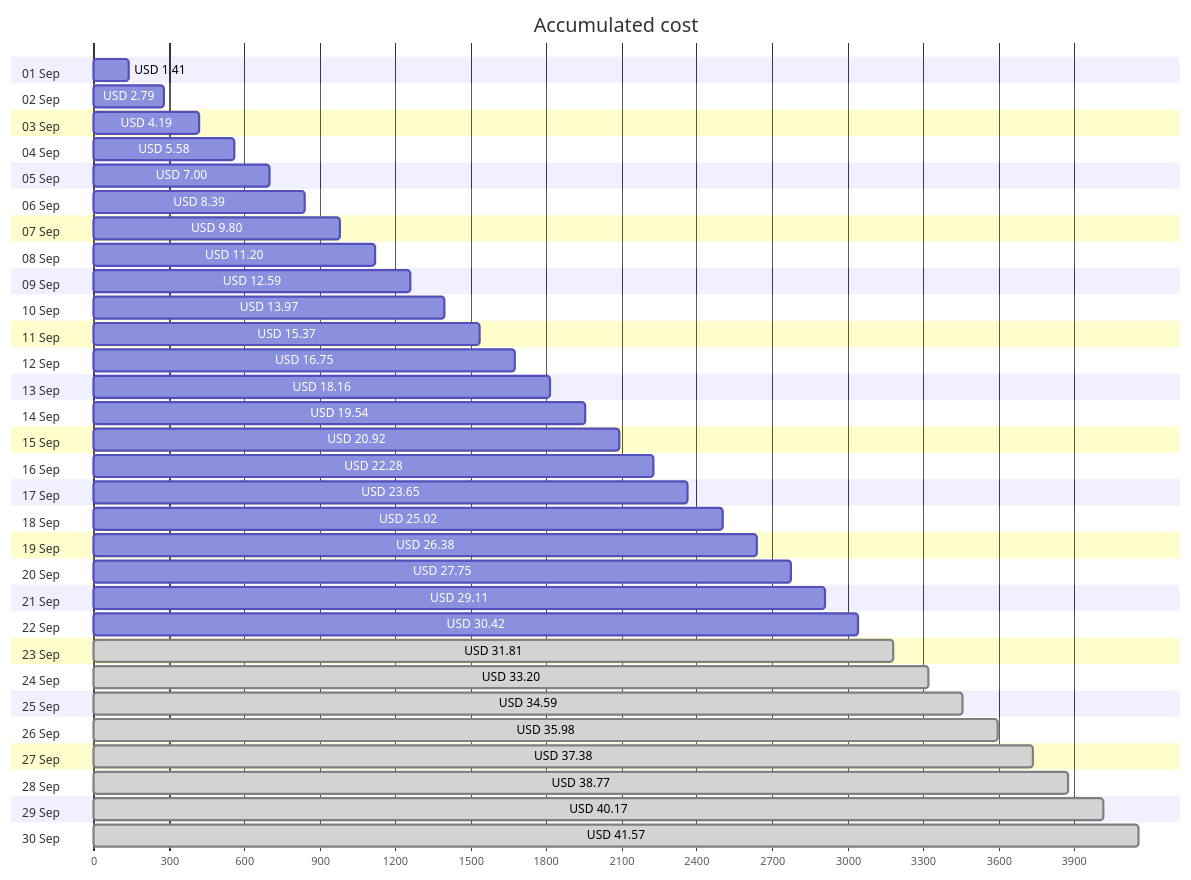
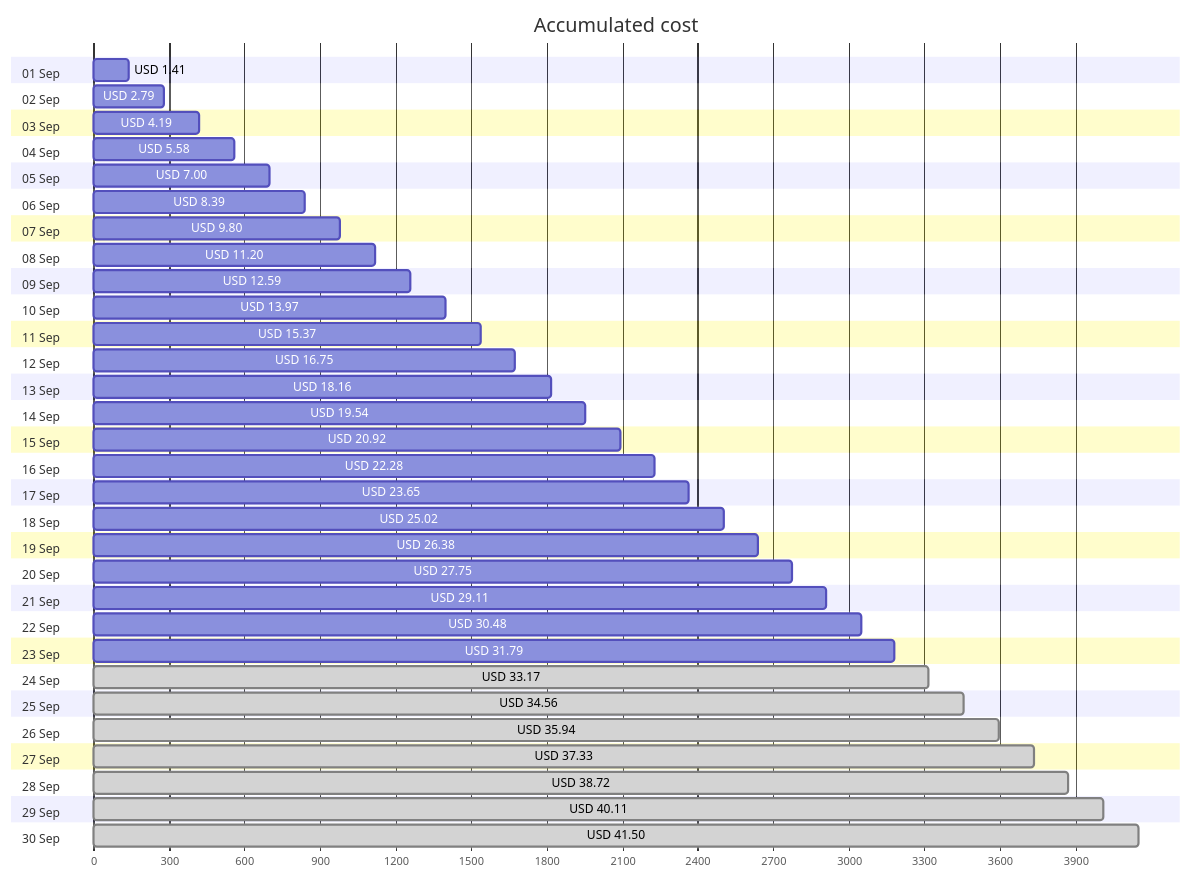
The first of 4 diagrams in cost-reports/personal-network/backup-data-disk.md (jpfulton/azure-personal-reports), drawn with Mermaid before and after one commit. The commit also changed other lines of this file and 9 other files, not shown here.

````diff
--- a/cost-reports/personal-network/backup-data-disk.md
+++ b/cost-reports/personal-network/backup-data-disk.md
@@ -20,66 +20,66 @@
 ```mermaid
 gantt
    title Accumulated cost
    dateFormat  X
    axisFormat %s
    section 01 Sep
    USD 1.41 :0, 141
    section 02 Sep
    USD 2.79 :0, 279
    section 03 Sep
    USD 4.19 :0, 419
    section 04 Sep
    USD 5.58 :0, 558
    section 05 Sep
    USD 7.00 :0, 700
    section 06 Sep
    USD 8.39 :0, 839
    section 07 Sep
    USD 9.80 :0, 980
    section 08 Sep
    USD 11.20 :0, 1120
    section 09 Sep
    USD 12.59 :0, 1259
    section 10 Sep
    USD 13.97 :0, 1397
    section 11 Sep
    USD 15.37 :0, 1537
    section 12 Sep
    USD 16.75 :0, 1675
    section 13 Sep
    USD 18.16 :0, 1816
    section 14 Sep
    USD 19.54 :0, 1954
    section 15 Sep
    USD 20.92 :0, 2092
    section 16 Sep
    USD 22.28 :0, 2228
    section 17 Sep
    USD 23.65 :0, 2365
    section 18 Sep
    USD 25.02 :0, 2502
    section 19 Sep
    USD 26.38 :0, 2638
    section 20 Sep
    USD 27.75 :0, 2775
    section 21 Sep
    USD 29.11 :0, 2911
    section 22 Sep
-   USD 30.42 :0, 3042
+   USD 30.48 :0, 3048
    section 23 Sep
-   USD 31.81 : done, 0, 3181
+   USD 31.79 :0, 3179
    section 24 Sep
-   USD 33.20 : done, 0, 3320
+   USD 33.17 : done, 0, 3317
    section 25 Sep
-   USD 34.59 : done, 0, 3459
+   USD 34.56 : done, 0, 3456
    section 26 Sep
-   USD 35.98 : done, 0, 3598
+   USD 35.94 : done, 0, 3594
    section 27 Sep
-   USD 37.38 : done, 0, 3738
+   USD 37.33 : done, 0, 3733
    section 28 Sep
-   USD 38.77 : done, 0, 3877
+   USD 38.72 : done, 0, 3872
    section 29 Sep
-   USD 40.17 : done, 0, 4017
+   USD 40.11 : done, 0, 4011
    section 30 Sep
-   USD 41.57 : done, 0, 4157
+   USD 41.50 : done, 0, 4150
 ```
````
